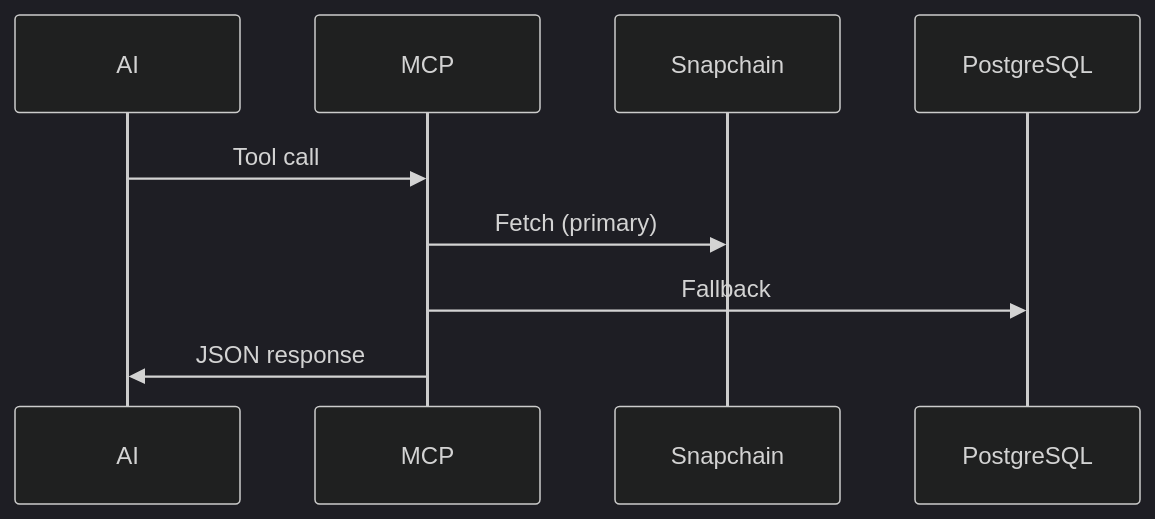
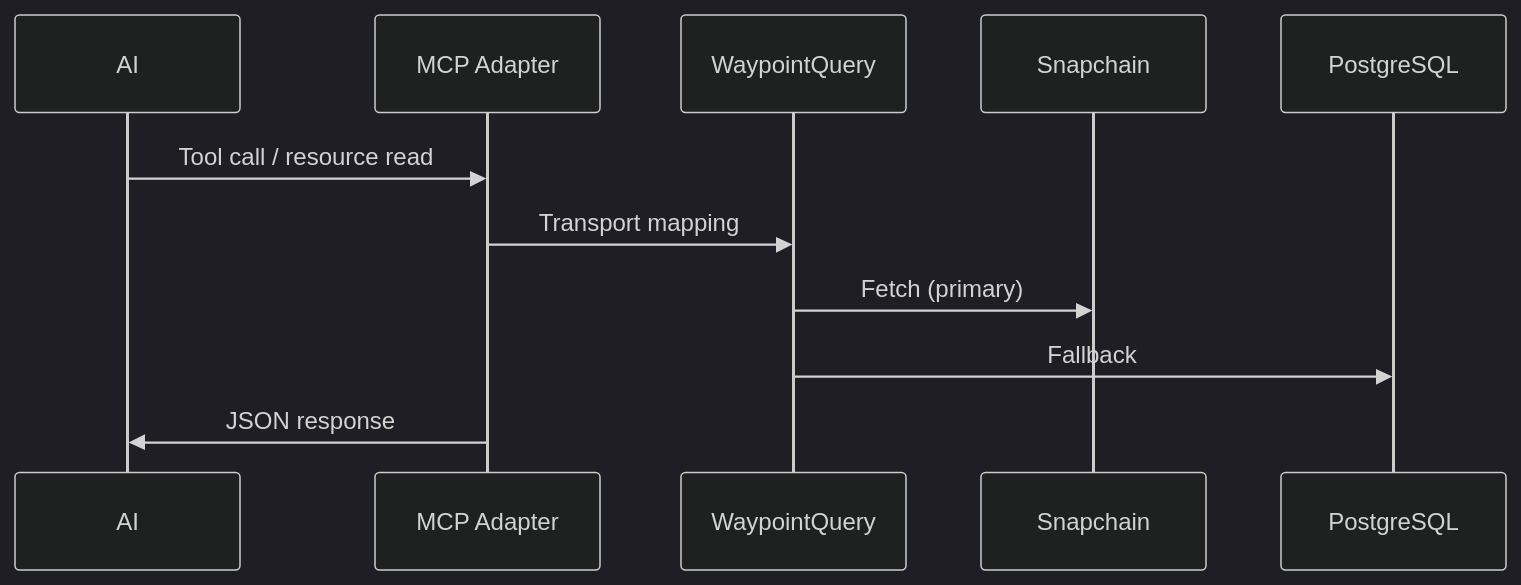
One commit to officialunofficial/waypoint changed the third of 3 diagrams in docs/architecture.md. Above: the diagram before and after it, drawn with Mermaid (dark theme). The commit also changed other lines of this file and 16 other files, not shown here.

Commit message:
refactor: move mcp query logic to WaypointQuery

````diff
--- a/docs/architecture.md
+++ b/docs/architecture.md
@@ -66,12 +66,14 @@
 ```mermaid
 sequenceDiagram
     participant AI
-    participant MCP
+    participant MCP as MCP Adapter
+    participant Query as WaypointQuery
     participant Hub as Snapchain
     participant DB as PostgreSQL
 
-    AI->>MCP: Tool call
-    MCP->>Hub: Fetch (primary)
-    MCP->>DB: Fallback
+    AI->>MCP: Tool call / resource read
+    MCP->>Query: Transport mapping
+    Query->>Hub: Fetch (primary)
+    Query->>DB: Fallback
     MCP->>AI: JSON response
 ```
````
